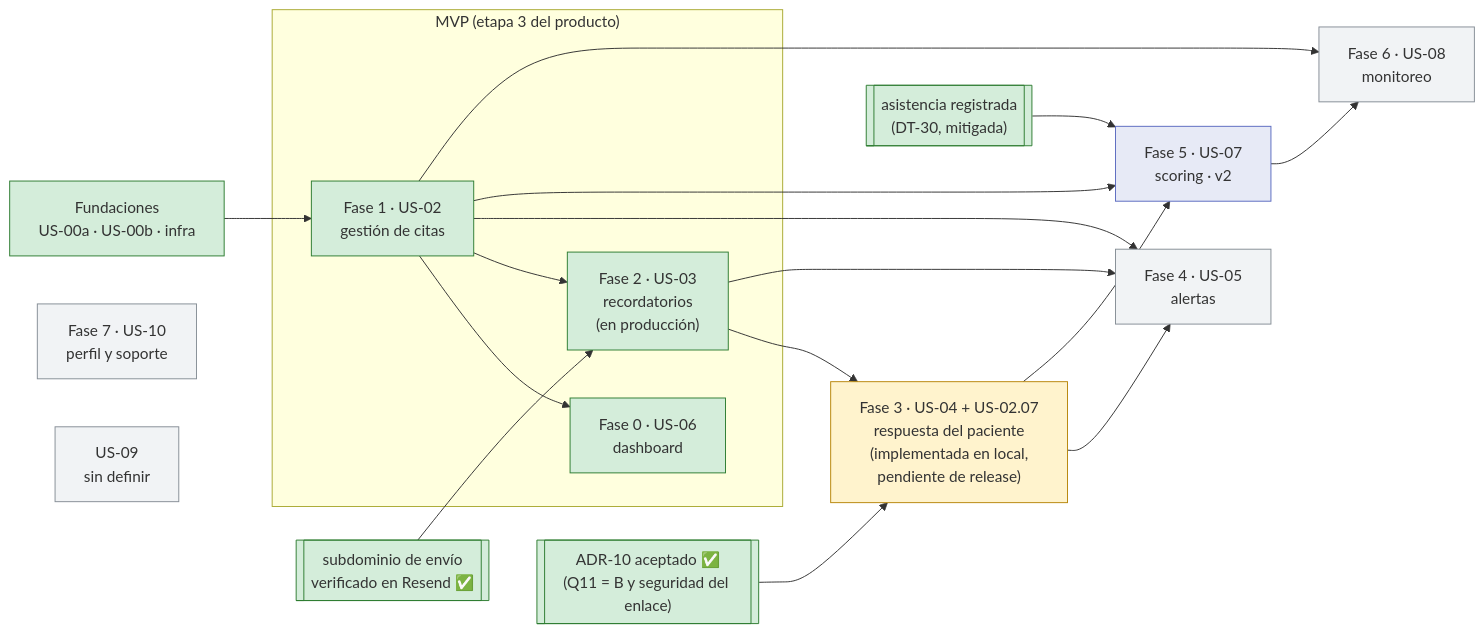
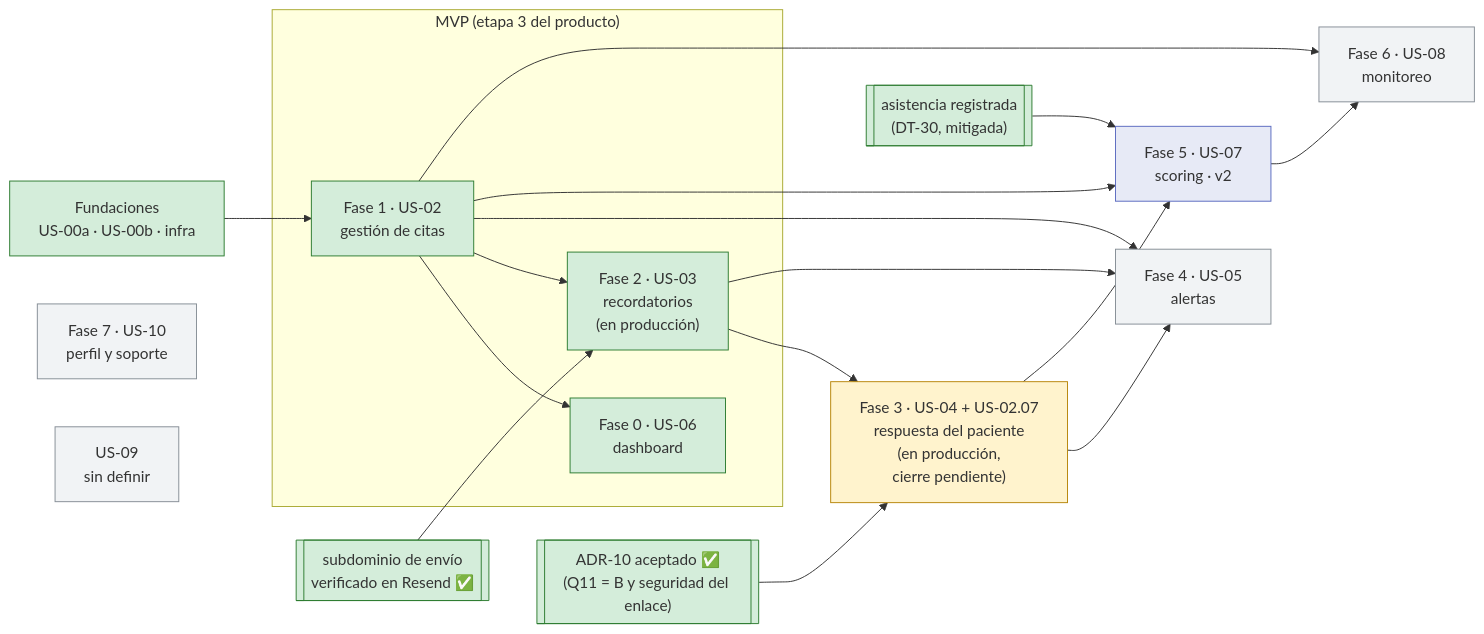
One commit to Citia-solutions/citia-backend changed the diagram in context/Fases/README.md. Above: the diagram before and after it, drawn with Mermaid. The commit also changed other lines of this file and 38 other files, not shown here.

First line of the commit message:
docs(context): Fase 3 en producción y coherencia de la documentación

````diff
--- a/context/Fases/README.md
+++ b/context/Fases/README.md
@@ -64,41 +69,41 @@
 ```mermaid
 flowchart LR
   B["Fundaciones<br/>US-00a · US-00b · infra"]:::hecho
 
   subgraph MVP["MVP (etapa 3 del producto)"]
     F1["Fase 1 · US-02<br/>gestión de citas"]:::hecho
     F0["Fase 0 · US-06<br/>dashboard"]:::hecho
     F2["Fase 2 · US-03<br/>recordatorios<br/>(en producción)"]:::hecho
   end
 
-  F3["Fase 3 · US-04 + US-02.07<br/>respuesta del paciente<br/>(implementada en local,<br/>pendiente de release)"]:::disenada
+  F3["Fase 3 · US-04 + US-02.07<br/>respuesta del paciente<br/>(en producción,<br/>cierre pendiente)"]:::disenada
   F4["Fase 4 · US-05<br/>alertas"]:::pendiente
   F5["Fase 5 · US-07<br/>scoring · v2"]:::aplazada
   F6["Fase 6 · US-08<br/>monitoreo"]:::pendiente
   F7["Fase 7 · US-10<br/>perfil y soporte"]:::pendiente
   U9["US-09<br/>sin definir"]:::pendiente
 
   DOM[["subdominio de envío<br/>verificado en Resend ✅"]]:::hecho
   A10[["ADR-10 aceptado ✅<br/>(Q11 = B y seguridad del enlace)"]]:::hecho
   D30[["asistencia registrada<br/>(DT-30, mitigada)"]]:::hecho
 
   B --> F1
   F1 --> F0
   F1 --> F2
   DOM --> F2
   F2 --> F3
   A10 --> F3
   F1 --> F4
   F2 --> F4
   F3 --> F4
   F1 --> F5
   F3 --> F5
   D30 --> F5
   F1 --> F6
   F5 --> F6
 
   classDef hecho fill:#d4edda,stroke:#2e7d32
   classDef disenada fill:#fff3cd,stroke:#b8860b
   classDef pendiente fill:#f1f3f5,stroke:#868e96
   classDef aplazada fill:#e7eaf6,stroke:#5c6bc0
 ```
````
